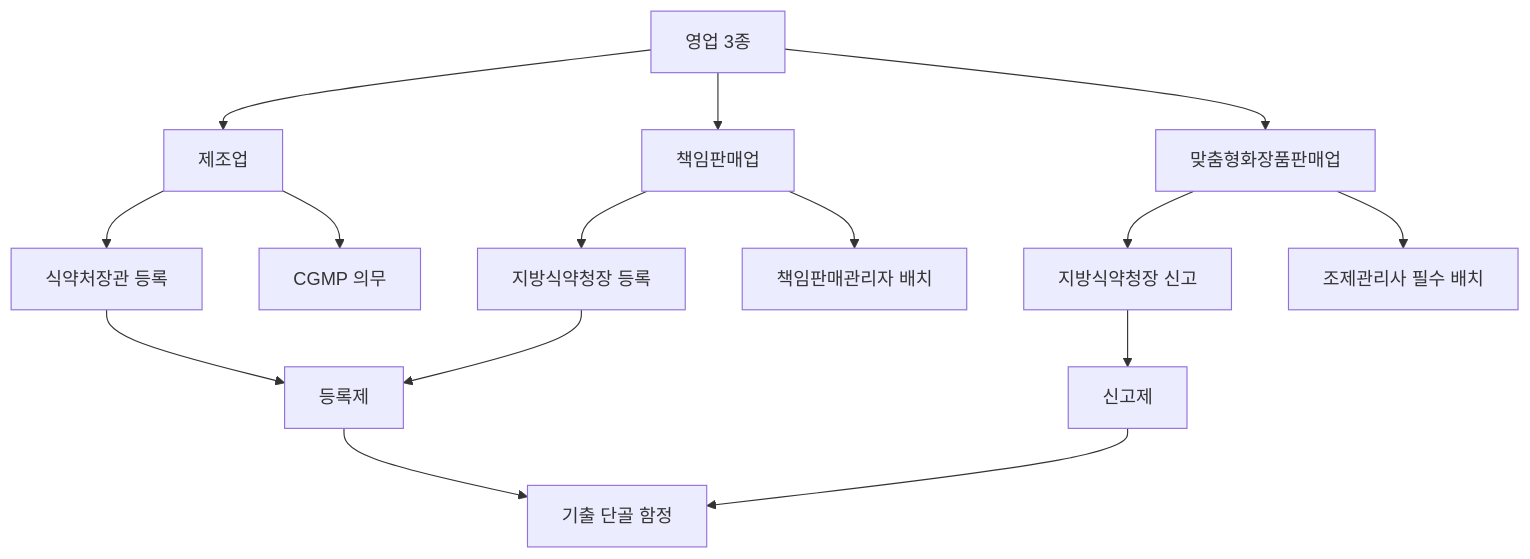
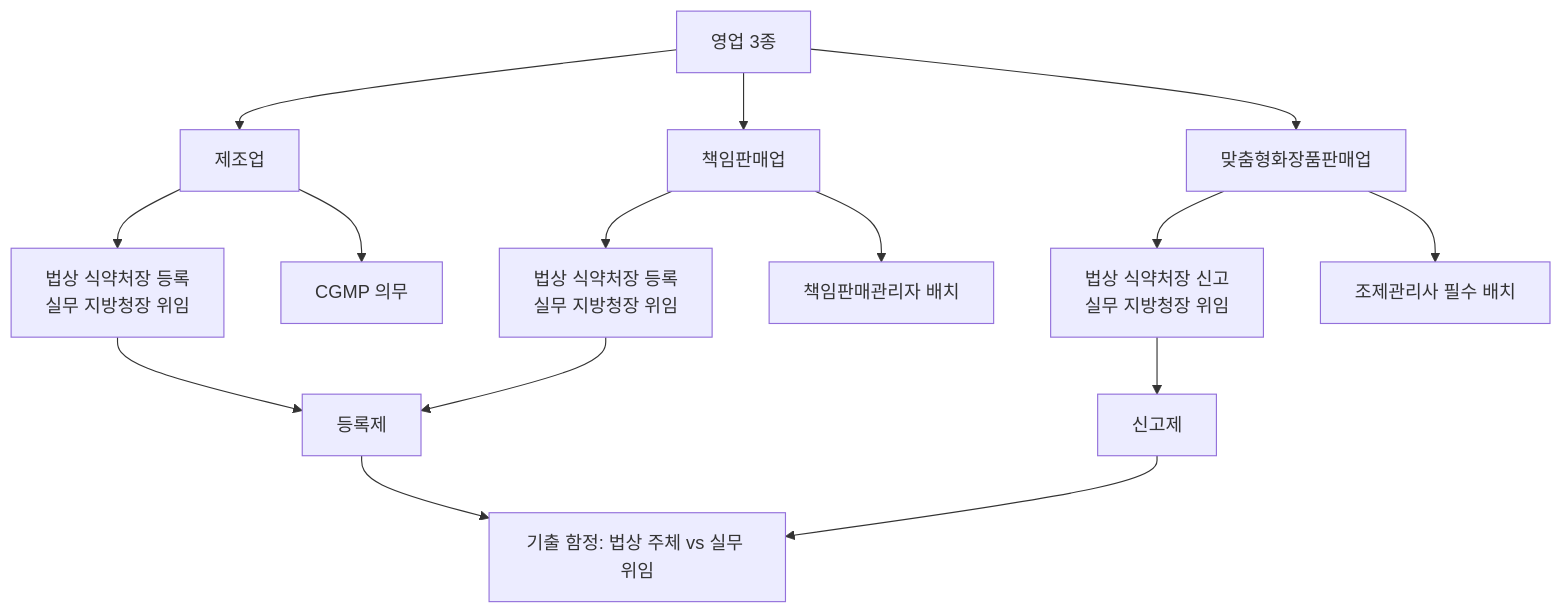
The second of 3 diagrams in content/참조자료/과목1/핵심정리_10문항.md (skygoldlee-cyber/Personalized_Skincare), drawn with Mermaid before and after one commit. The commit also changed other lines of this file and 10 other files, not shown here.

````diff
--- a/content/참조자료/과목1/핵심정리_10문항.md
+++ b/content/참조자료/과목1/핵심정리_10문항.md
@@ -35,17 +36,17 @@
 ```mermaid
 flowchart TD
   A[영업 3종] --> B[제조업]
   A --> C[책임판매업]
   A --> D[맞춤형화장품판매업]
-  B --> B1[식약처장관 등록]
+  B --> B1[법상 식약처장 등록<br/>실무 지방청장 위임]
   B --> B2[CGMP 의무]
-  C --> C1[지방식약청장 등록]
+  C --> C1[법상 식약처장 등록<br/>실무 지방청장 위임]
   C --> C2[책임판매관리자 배치]
-  D --> D1[지방식약청장 신고]
+  D --> D1[법상 식약처장 신고<br/>실무 지방청장 위임]
   D --> D2[조제관리사 필수 배치]
   B1 --> E[등록제]
   C1 --> E
   D1 --> F[신고제]
-  E --> G[기출 단골 함정]
+  E --> G[기출 함정: 법상 주체 vs 실무 위임]
   F --> G
 ```
````
